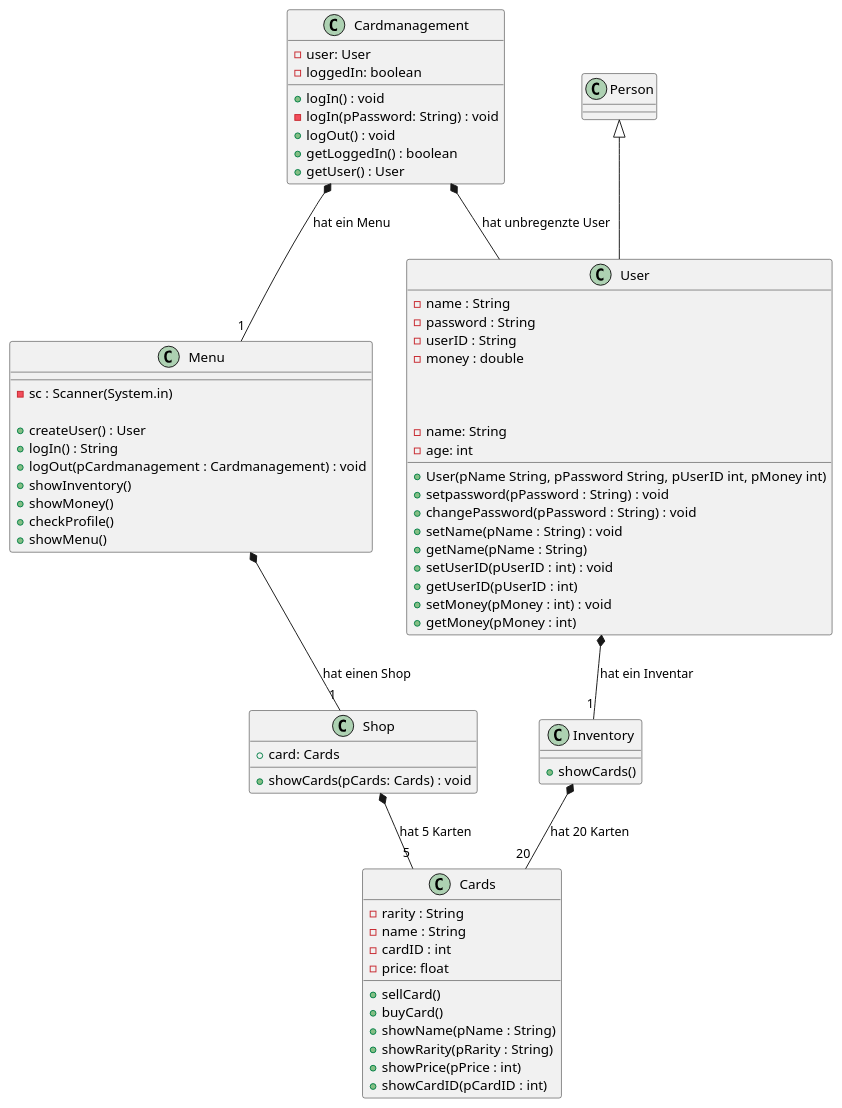
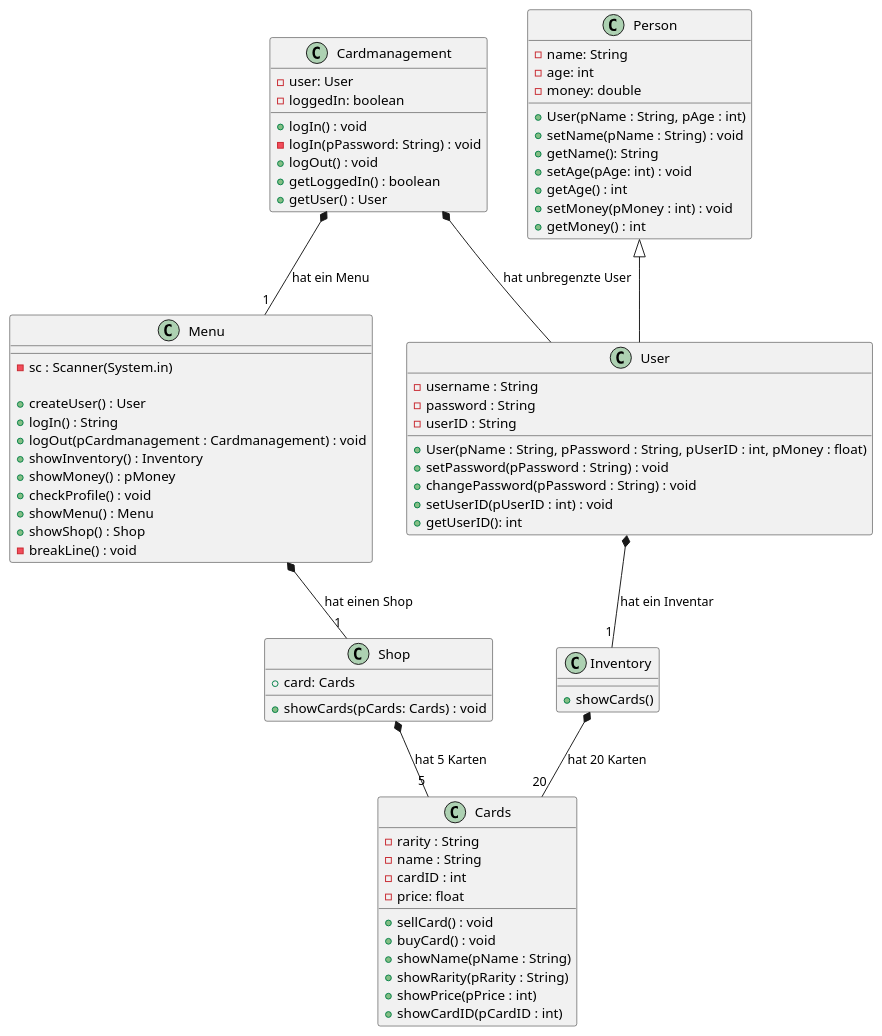
The diagram in Docs/Pflichtenheft/Diagramme/Klassendiagramm-Card.iuml (HEBK-BGM/Verwaltungssoftware_Team_4), drawn with PlantUML before and after one commit.

Commit message:
[FIX] Alle möglichen Änderungen - Klassendiagramm

```diff
--- a/Docs/Pflichtenheft/Diagramme/Klassendiagramm-Card.iuml
+++ b/Docs/Pflichtenheft/Diagramme/Klassendiagramm-Card.iuml
@@ -1,96 +1,104 @@
 @startuml Klassendiagramm
 
 class Cardmanagement{
     -user: User
     -loggedIn: boolean
     +logIn() : void
     -logIn(pPassword: String) : void
     +logOut() : void
     +getLoggedIn() : boolean
     +getUser() : User
 
 
 
 }
 
 
 
 class Menu{
     -sc : Scanner(System.in)
 
     +createUser() : User
     +logIn() : String
     +logOut(pCardmanagement : Cardmanagement) : void
-    +showInventory()
-    +showMoney()
-    +checkProfile()
-    +showMenu()
+    +showInventory() : Inventory
+    +showMoney() : pMoney
+    +checkProfile() : void
+    +showMenu() : Menu
+    +showShop() : Shop
+    -breakLine() : void
 
 
 }
 
 
 
 
 class Shop{
     +card: Cards
     +showCards(pCards: Cards) : void
 
 }
 
 
 
 
 class User{
-    -name : String
+    -username : String
     -password : String
     -userID : String
-    -money : double
 
 
-    +User(pName String, pPassword String, pUserID int, pMoney int)
-    +setpassword(pPassword : String) : void
+    +User(pName : String, pPassword : String, pUserID : int, pMoney : float)
+    +setPassword(pPassword : String) : void
     +changePassword(pPassword : String) : void
-    +setName(pName : String) : void 
-    +getName(pName : String)  
     +setUserID(pUserID : int) : void
-    +getUserID(pUserID : int) 
-    +setMoney(pMoney : int) : void
-    +getMoney(pMoney : int) 
+    +getUserID(): int
 
 }
 class User extends Person{
+  
+}
+class Person{
     -name: String
     -age: int
+    -money: double
+
+    +User(pName : String, pAge : int)
+    +setName(pName : String) : void
+    +getName(): String
+    +setAge(pAge: int) : void
+    +getAge() : int
+    +setMoney(pMoney : int) : void
+    +getMoney() : int
 }
-
 
 
 class Cards{
     -rarity : String
     -name : String
     -cardID : int
     -price: float
 
-    +sellCard()
-    +buyCard()
+    +sellCard() : void
+    +buyCard() : void
     +showName(pName : String)
     +showRarity(pRarity : String)
     +showPrice(pPrice : int)
     +showCardID(pCardID : int)
 
 }
 
 
 
 class Inventory{
 
 +showCards()
 }
 Cardmanagement *-- "1" Menu : hat ein Menu
 User *-- "1" Inventory : hat ein Inventar
 Cardmanagement *-- User : hat unbregenzte User
 Menu *-- "1" Shop : hat einen Shop
 Shop *-- "5" Cards : hat 5 Karten 
 Inventory *-- "20" Cards : hat 20 Karten
 @enduml
```
